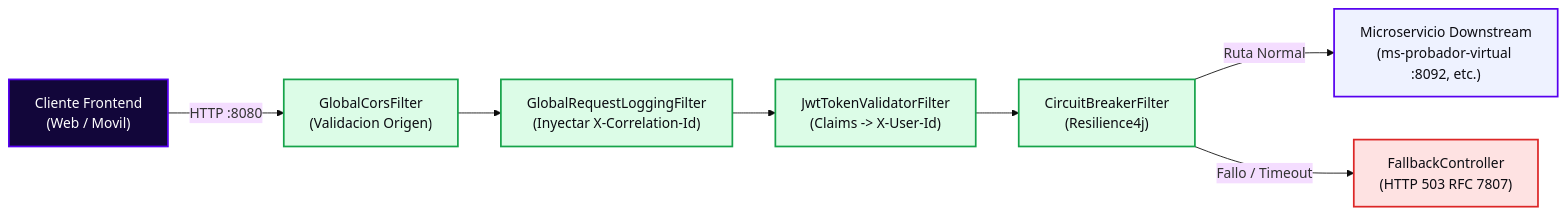
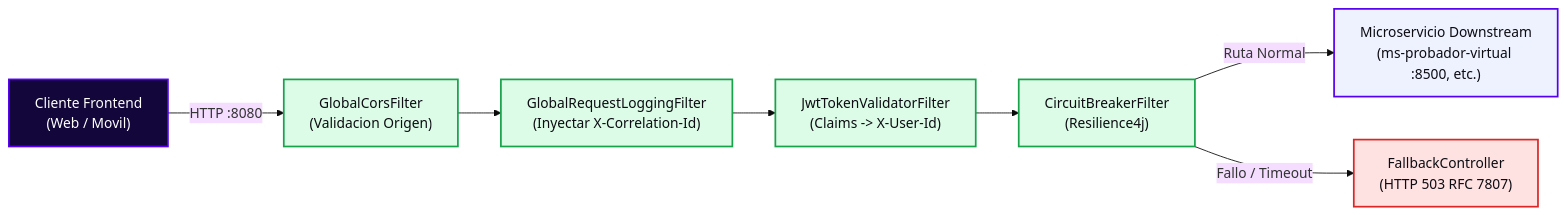
The first of 3 diagrams in README.md (StyleRadar1/PT8080-ApiGateway-Service), drawn with Mermaid (base theme) before and after one commit. The commit also changed other lines of this file and 10 other files, not shown here.

````diff
--- a/README.md
+++ b/README.md
@@ -130,19 +130,19 @@
 ```mermaid
 flowchart LR
     A["Cliente Frontend<br>(Web / Movil)"] -->|HTTP :8080| B["GlobalCorsFilter<br>(Validacion Origen)"]
     B --> C["GlobalRequestLoggingFilter<br>(Inyectar X-Correlation-Id)"]
     C --> D["JwtTokenValidatorFilter<br>(Claims -> X-User-Id)"]
     D --> E["CircuitBreakerFilter<br>(Resilience4j)"]
-    E -->|Ruta Normal| F["Microservicio Downstream<br>(ms-probador-virtual :8092, etc.)"]
+    E -->|Ruta Normal| F["Microservicio Downstream<br>(ms-probador-virtual :8500, etc.)"]
     E -->|Fallo / Timeout| G["FallbackController<br>(HTTP 503 RFC 7807)"]
 
     classDef client fill:#12063A,stroke:#5600EF,stroke-width:2px,color:#FFFFFF;
     classDef filter fill:#DCFCE7,stroke:#16A34A,stroke-width:2px,color:#0C0C12;
     classDef dest fill:#EEF2FF,stroke:#5600EF,stroke-width:2px,color:#0C0C12;
     classDef fallback fill:#FEE2E2,stroke:#DC2626,stroke-width:2px,color:#0C0C12;
 
     class A client;
     class B,C,D,E filter;
     class F dest;
     class G fallback;
 ```
````
